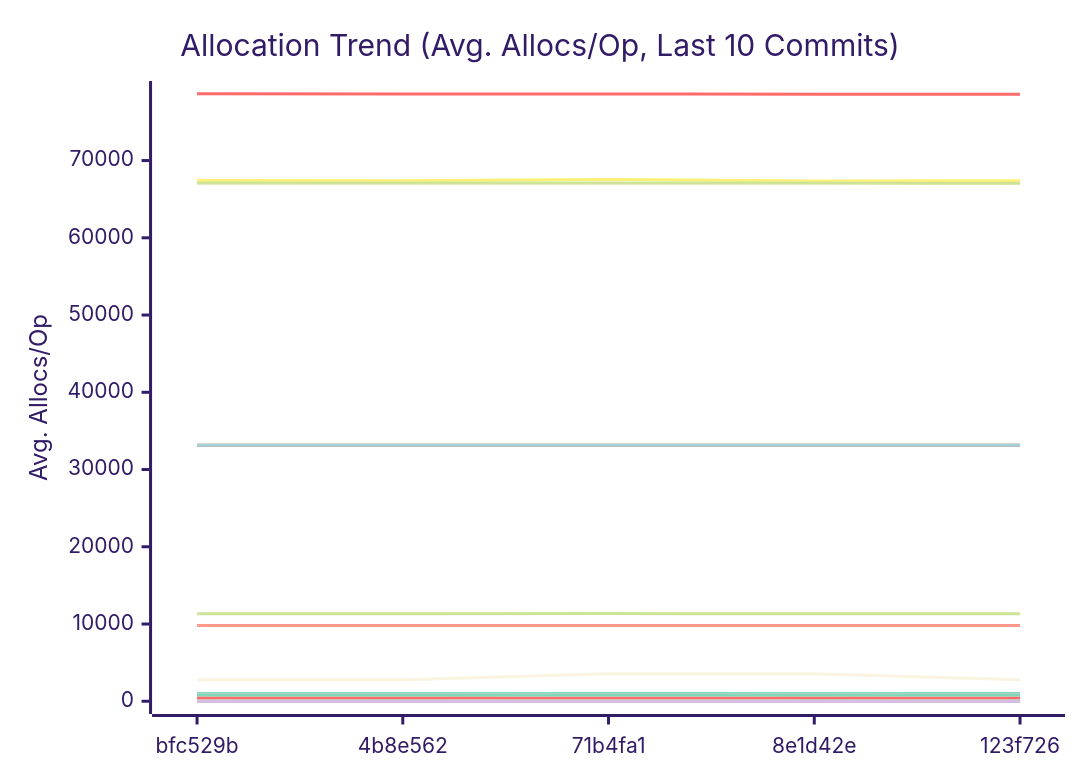
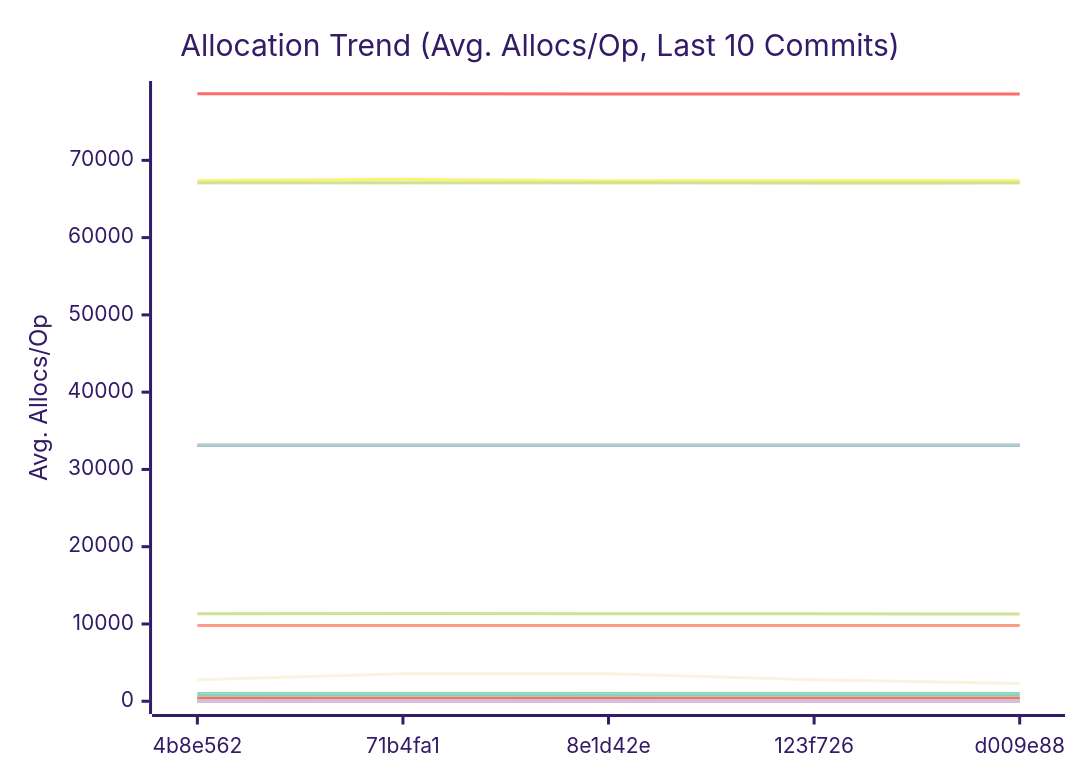
The third of 3 diagrams in docs/PERFORMANCE.md (alsotoes/momo), drawn with Mermaid (forest theme) before and after one commit. The commit also changed other lines of this file and 4 other files, not shown here.

````diff
--- a/docs/PERFORMANCE.md
+++ b/docs/PERFORMANCE.md
@@ -360,44 +360,44 @@
 ```mermaid
 xychart-beta
     title "Allocation Trend (Avg. Allocs/Op, Last 10 Commits)"
     x-axis "Commit"
     y-axis "Avg. Allocs/Op"
-    x-axis [bfc529b,4b8e562,71b4fa1,8e1d42e,123f726]
-    line "AWSChunkedReaderSigned" [11338,11329,11352,11316,11313,11300,11299,11305,11315,11352]
-    line "AWSChunkedReaderUnsigned" [78651,78603,78618,78588,78582,78589,78575,78586,78603,78609]
+    x-axis [4b8e562,71b4fa1,8e1d42e,123f726,d009e88]
+    line "AWSChunkedReaderSigned" [11329,11352,11316,11313,11300,11299,11305,11315,11352,11288]
+    line "AWSChunkedReaderUnsigned" [78603,78618,78588,78582,78589,78575,78586,78603,78609,78561]
     line "CheckMetricsAndSwap" [0,0,0,0,0,0,0,0,0,0]
     line "CrushOptimized" [0,0,0,0,0,0,0,0,0,0]
     line "CrushOriginal" [3,3,3,3,3,3,3,3,3,3]
     line "FormatListObjectsV2XML_AppendFormat" [16,16,16,16,16,16,16,16,16,16]
     line "FormatListObjectsV2XML_OldFormat" [1000,1000,1000,1000,1000,1000,1000,1000,1000,1000]
     line "HashBytes/1MiB" [64,64,64,64,64,64,64,64,64,64]
     line "HashBytes/256MiB" [64,64,64,64,64,64,64,64,64,64]
     line "HashBytes/64MiB" [64,64,64,64,64,64,64,64,64,64]
     line "HashFile/1MiB" [33128,33128,33128,33128,33128,33128,33128,33128,33128,33128]
     line "HashFile/256MiB" [33128,33128,33128,33128,33128,33128,33128,33128,33128,33128]
     line "HashFile/64MiB" [33128,33128,33128,33128,33128,33128,33128,33128,33128,33128]
     line "IndexDirectTracking" [0,0,0,0,0,0,0,0,0,0]
     line "IndexSearch" [0,0,0,0,0,0,0,0,0,0]
     line "LastModifiedHeader_AppendFormat" [0,0,0,0,0,0,0,0,0,0]
-    line "LastModifiedHeader_Format" [0,1,1,1,1,1,1,1,1,1]
+    line "LastModifiedHeader_Format" [1,1,1,1,1,1,1,1,1,1]
     line "LoadGlobalConfig" [58,58,58,58,58,58,58,58,58,58]
-    line "LocalWrite/1MiB" [67031,67030,67036,67032,67034,67035,67028,67030,67029,67036]
-    line "LocalWrite/256MiB" [67413,67386,67552,67369,67393,67386,67388,67358,67330,67465]
-    line "LocalWrite/64MiB" [67096,67102,67105,67107,67056,67086,67077,67086,67071,67103]
+    line "LocalWrite/1MiB" [67030,67036,67032,67034,67035,67028,67030,67029,67036,67031]
+    line "LocalWrite/256MiB" [67386,67552,67369,67393,67386,67388,67358,67330,67465,67275]
+    line "LocalWrite/64MiB" [67102,67105,67107,67056,67086,67077,67086,67071,67103,67070]
     line "PadString" [1,1,1,1,1,1,1,1,1,1]
     line "ParseReplicationOrder_NoPrealloc" [6,6,6,6,6,5,5,5,5,5]
     line "ParseReplicationOrder_Prealloc" [2,2,2,2,2,1,1,1,1,1]
     line "Placement" [6,6,6,6,6,6,6,6,6,6]
     line "PlacementDomainSpread" [6,6,6,6,6,6,6,6,6,6]
-    line "ReadVerify/1MiB" [473,468,479,467,465,462,461,460,460,484]
-    line "ReadVerify/256MiB" [9808,9808,9808,9808,9808,9808,9808,5120,5120,9808]
-    line "ReadVerify/64MiB" [2776,2776,3557,3557,2776,2307,2776,2776,2776,2776]
+    line "ReadVerify/1MiB" [468,479,467,465,462,461,460,460,484,458]
+    line "ReadVerify/256MiB" [9808,9808,9808,9808,9808,9808,5120,5120,9808,9808]
+    line "ReadVerify/64MiB" [2776,3557,3557,2776,2307,2776,2776,2776,2776,2307]
     line "S3PutSpool/1MiB" [447,447,447,447,447,447,447,447,447,447]
     line "S3PutSpool/256MiB" [448,448,448,448,448,448,448,448,448,448]
-    line "S3PutSpool/64MiB" [448,448,448,448,448,448,446,448,448,448]
+    line "S3PutSpool/64MiB" [448,448,448,448,448,446,448,448,448,448]
     line "SanitizeLog/Safe" [0,0,0,0,0,0,0,0,0,0]
     line "SanitizeLog/Unsafe" [1,1,1,1,1,1,1,1,1,1]
-    line "TrustedRead/1MiB" [839,840,800,834,800,800,800,800,830,800]
+    line "TrustedRead/1MiB" [840,800,834,800,800,800,800,830,800,827]
     line "TrustedRead/256MiB" [800,800,800,800,800,800,800,800,800,800]
     line "TrustedRead/64MiB" [800,800,800,800,800,800,800,800,800,800]
 ```
````
